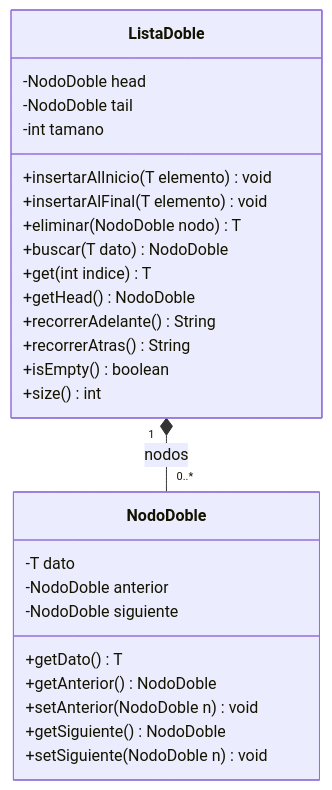
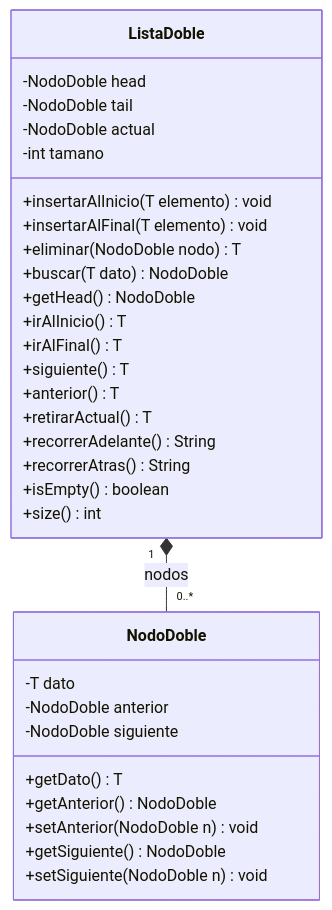
The seventh of 7 diagrams in content/cursos/estructuras-de-datos/guias/lab-listas-dobles-y-archivos-proyecto-de-aula.md (santiagoSuarez219/nodo-edu), drawn with Mermaid before and after one commit. The commit also changed other lines of this file, not shown here.

First line of the commit message:
content(estructuras-de-datos): navigate the list lab with an internal cursor instead of get

````diff
--- a/content/cursos/estructuras-de-datos/guias/lab-listas-dobles-y-archivos-proyecto-de-aula.md
+++ b/content/cursos/estructuras-de-datos/guias/lab-listas-dobles-y-archivos-proyecto-de-aula.md
@@ -219,29 +219,34 @@
 ```mermaid
 classDiagram
   class NodoDoble {
     -T dato
     -NodoDoble anterior
     -NodoDoble siguiente
     +getDato() T
     +getAnterior() NodoDoble
     +setAnterior(NodoDoble n) void
     +getSiguiente() NodoDoble
     +setSiguiente(NodoDoble n) void
   }
   class ListaDoble {
     -NodoDoble head
     -NodoDoble tail
+    -NodoDoble actual
     -int tamano
     +insertarAlInicio(T elemento) void
     +insertarAlFinal(T elemento) void
     +eliminar(NodoDoble nodo) T
     +buscar(T dato) NodoDoble
-    +get(int indice) T
     +getHead() NodoDoble
+    +irAlInicio() T
+    +irAlFinal() T
+    +siguiente() T
+    +anterior() T
+    +retirarActual() T
     +recorrerAdelante() String
     +recorrerAtras() String
     +isEmpty() boolean
     +size() int
   }
   ListaDoble "1" *-- "0..*" NodoDoble : nodos
 ```
````
